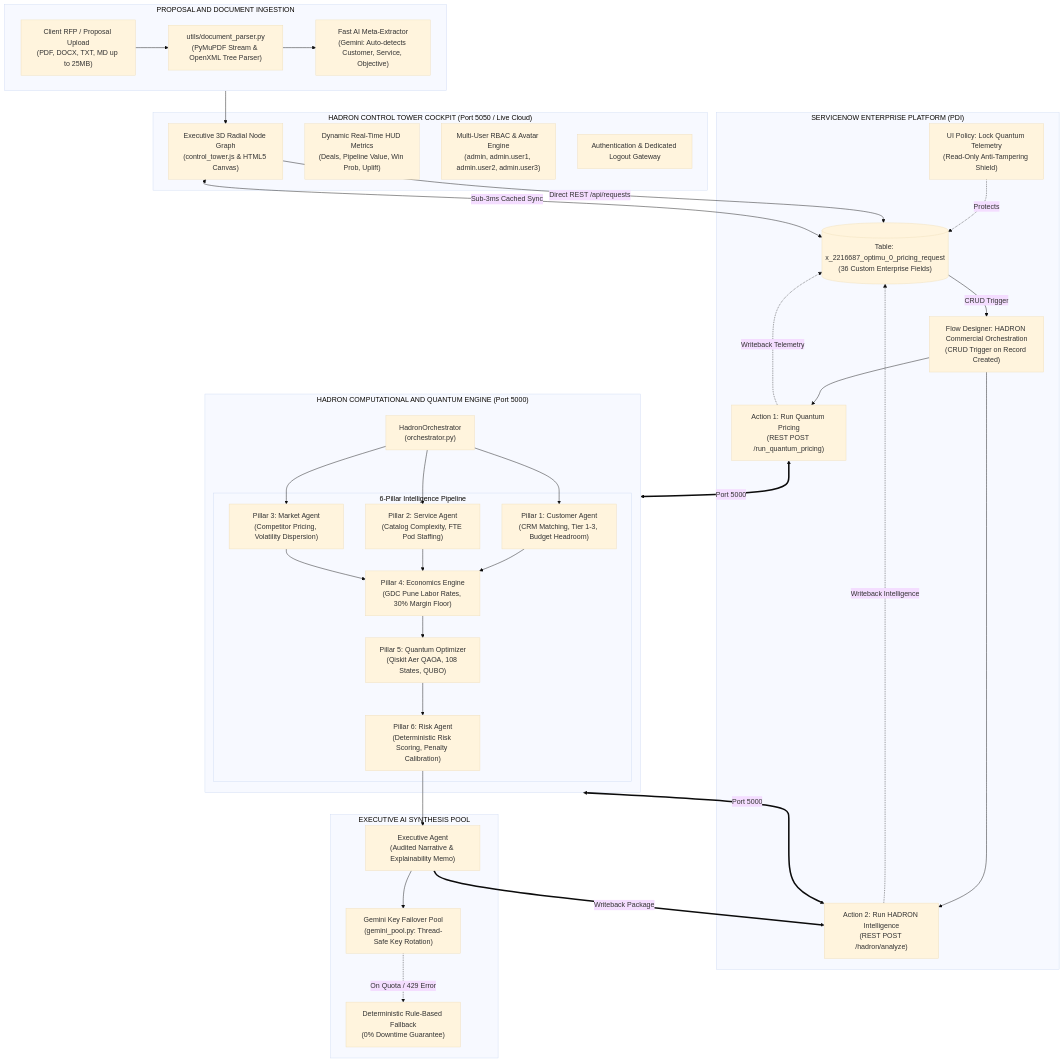
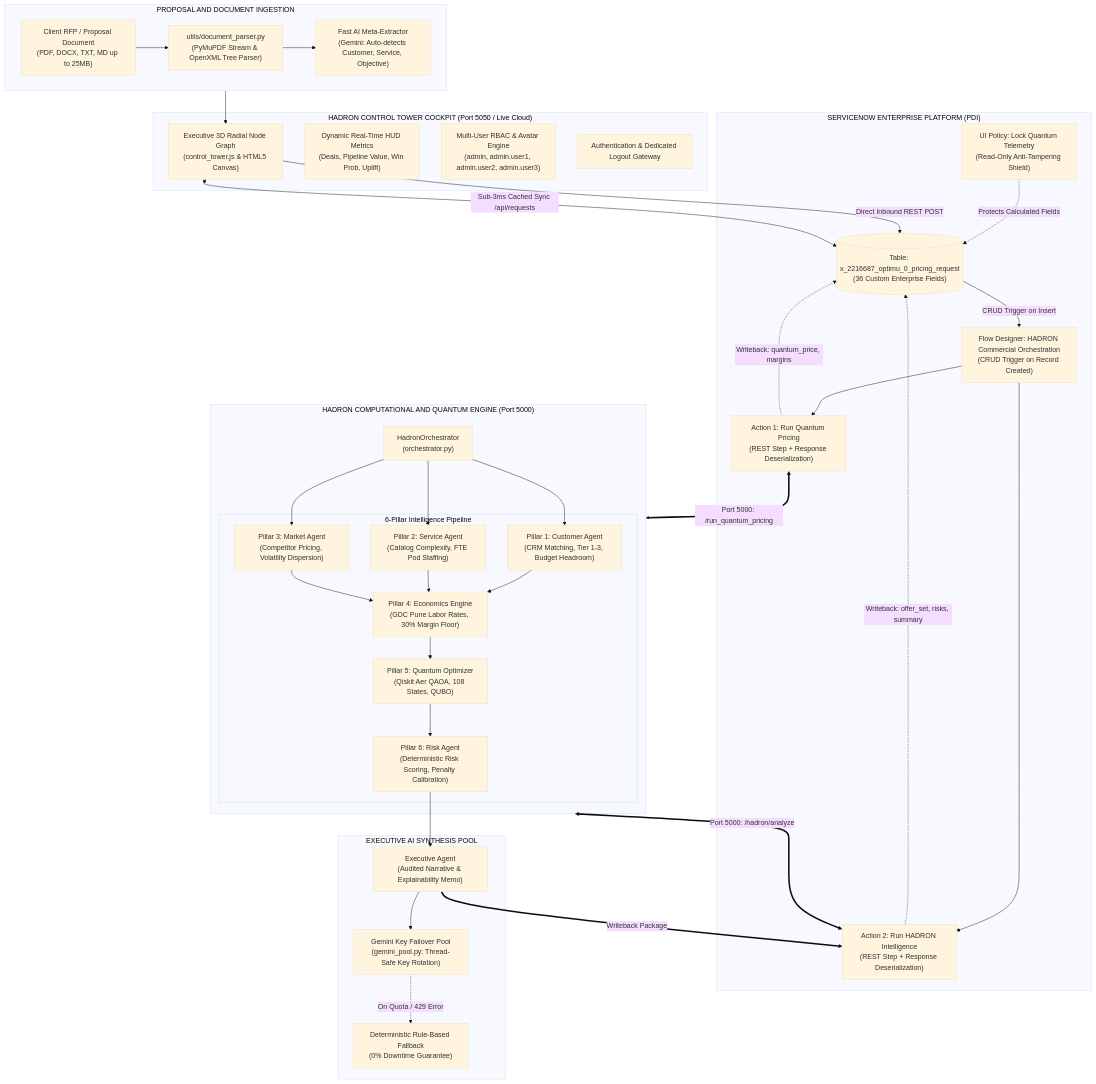
Before and after one commit to jayanthoffl/hadron-ai-plus: the diagram in DOCUMENTATION.md, drawn with Mermaid (base theme). The commit also changed other lines of this file, not shown here.

Commit message:
docs: enrich DOCUMENTATION.md with deep ServiceNow PDI analysis, execution telemetry, and metadata architecture

````diff
--- a/DOCUMENTATION.md
+++ b/DOCUMENTATION.md
@@ -84,67 +86,67 @@
 ```mermaid
 flowchart TB
     subgraph SN ["SERVICENOW ENTERPRISE PLATFORM (PDI)"]
         Table[("Table: x_2216687_optimu_0_pricing_request<br/>(36 Custom Enterprise Fields)")]
         Flow["Flow Designer: HADRON Commercial Orchestration<br/>(CRUD Trigger on Record Created)"]
-        Action1["Action 1: Run Quantum Pricing<br/>(REST POST /run_quantum_pricing)"]
-        Action2["Action 2: Run HADRON Intelligence<br/>(REST POST /hadron/analyze)"]
+        Action1["Action 1: Run Quantum Pricing<br/>(REST Step + Response Deserialization)"]
+        Action2["Action 2: Run HADRON Intelligence<br/>(REST Step + Response Deserialization)"]
         Policy["UI Policy: Lock Quantum Telemetry<br/>(Read-Only Anti-Tampering Shield)"]
         
-        Table -->|CRUD Trigger| Flow
+        Table -->|CRUD Trigger on Insert| Flow
         Flow --> Action1
         Flow --> Action2
-        Action1 -.->|Writeback Telemetry| Table
-        Action2 -.->|Writeback Intelligence| Table
-        Policy -.->|Protects| Table
+        Action1 -.->|Writeback: quantum_price, margins| Table
+        Action2 -.->|Writeback: offer_set, risks, summary| Table
+        Policy -.->|Protects Calculated Fields| Table
     end
 
     subgraph INGEST ["PROPOSAL AND DOCUMENT INGESTION"]
-        Upload["Client RFP / Proposal Upload<br/>(PDF, DOCX, TXT, MD up to 25MB)"]
+        Upload["Client RFP / Proposal Document<br/>(PDF, DOCX, TXT, MD up to 25MB)"]
         Parser["utils/document_parser.py<br/>(PyMuPDF Stream & OpenXML Tree Parser)"]
         FastAI["Fast AI Meta-Extractor<br/>(Gemini: Auto-detects Customer, Service, Objective)"]
         
         Upload --> Parser --> FastAI
     end
 
     subgraph ENGINE ["HADRON COMPUTATIONAL AND QUANTUM ENGINE (Port 5000)"]
         Orch["HadronOrchestrator<br/>(orchestrator.py)"]
         
         subgraph PILLARS ["6-Pillar Intelligence Pipeline"]
             P1["Pillar 1: Customer Agent<br/>(CRM Matching, Tier 1-3, Budget Headroom)"]
             P2["Pillar 2: Service Agent<br/>(Catalog Complexity, FTE Pod Staffing)"]
             P3["Pillar 3: Market Agent<br/>(Competitor Pricing, Volatility Dispersion)"]
             P4["Pillar 4: Economics Engine<br/>(GDC Pune Labor Rates, 30% Margin Floor)"]
             P5["Pillar 5: Quantum Optimizer<br/>(Qiskit Aer QAOA, 108 States, QUBO)"]
             P6["Pillar 6: Risk Agent<br/>(Deterministic Risk Scoring, Penalty Calibration)"]
         end
         
         Orch --> P1 & P2 & P3
         P1 & P2 & P3 --> P4
         P4 --> P5
         P5 --> P6
     end
 
     subgraph LLM ["EXECUTIVE AI SYNTHESIS POOL"]
         Pool["Gemini Key Failover Pool<br/>(gemini_pool.py: Thread-Safe Key Rotation)"]
         ExecAgent["Executive Agent<br/>(Audited Narrative & Explainability Memo)"]
         Fallback["Deterministic Rule-Based Fallback<br/>(0% Downtime Guarantee)"]
         
         P6 --> ExecAgent
         ExecAgent --> Pool
         Pool -.->|On Quota / 429 Error| Fallback
     end
 
     subgraph UI ["HADRON CONTROL TOWER COCKPIT (Port 5050 / Live Cloud)"]
         Cockpit["Executive 3D Radial Node Graph<br/>(control_tower.js & HTML5 Canvas)"]
         HUD["Dynamic Real-Time HUD Metrics<br/>(Deals, Pipeline Value, Win Prob, Uplift)"]
         RBAC["Multi-User RBAC & Avatar Engine<br/>(admin, admin.user1, admin.user2, admin.user3)"]
         AuthGate["Authentication & Dedicated Logout Gateway"]
     end
 
     INGEST --> Cockpit
-    Cockpit -->|Direct REST /api/requests| Table
-    Action1 <==>|Port 5000| ENGINE
-    Action2 <==>|Port 5000| ENGINE
+    Cockpit -->|Direct Inbound REST POST| Table
+    Action1 <==>|Port 5000: /run_quantum_pricing| ENGINE
+    Action2 <==>|Port 5000: /hadron/analyze| ENGINE
     ExecAgent ==>|Writeback Package| Action2
-    Cockpit <-->|Sub-3ms Cached Sync| Table
+    Cockpit <-->|Sub-3ms Cached Sync /api/requests| Table
 ```
````
